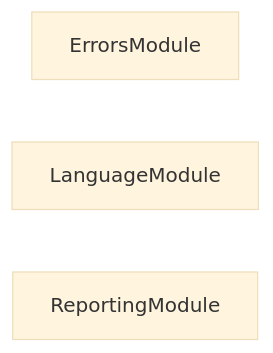
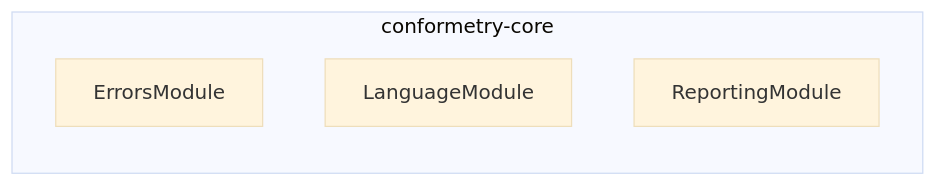
The second of 2 diagrams in packages/conformetry-core/README.md (JimmyPaolini/codebase), drawn with Mermaid (base theme) before and after one commit. The commit also changed other lines of this file and 71 other files, not shown here.

Commit message:
feat(synchronization): ✨ group module graphs by package and add nx project graphs

````diff
--- a/packages/conformetry-core/README.md
+++ b/packages/conformetry-core/README.md
@@ -62,6 +99,8 @@
 ```mermaid
 flowchart LR
-  ErrorsModule
-  LanguageModule
-  ReportingModule
+  subgraph group0["conformetry-core"]
+    ErrorsModule
+    LanguageModule
+    ReportingModule
+  end
 ```
````
